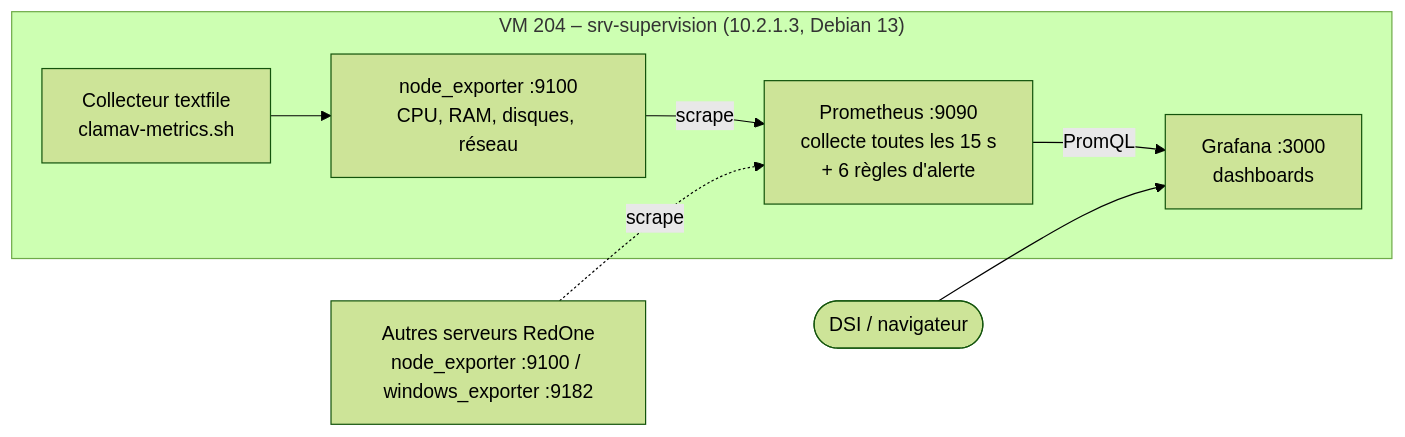
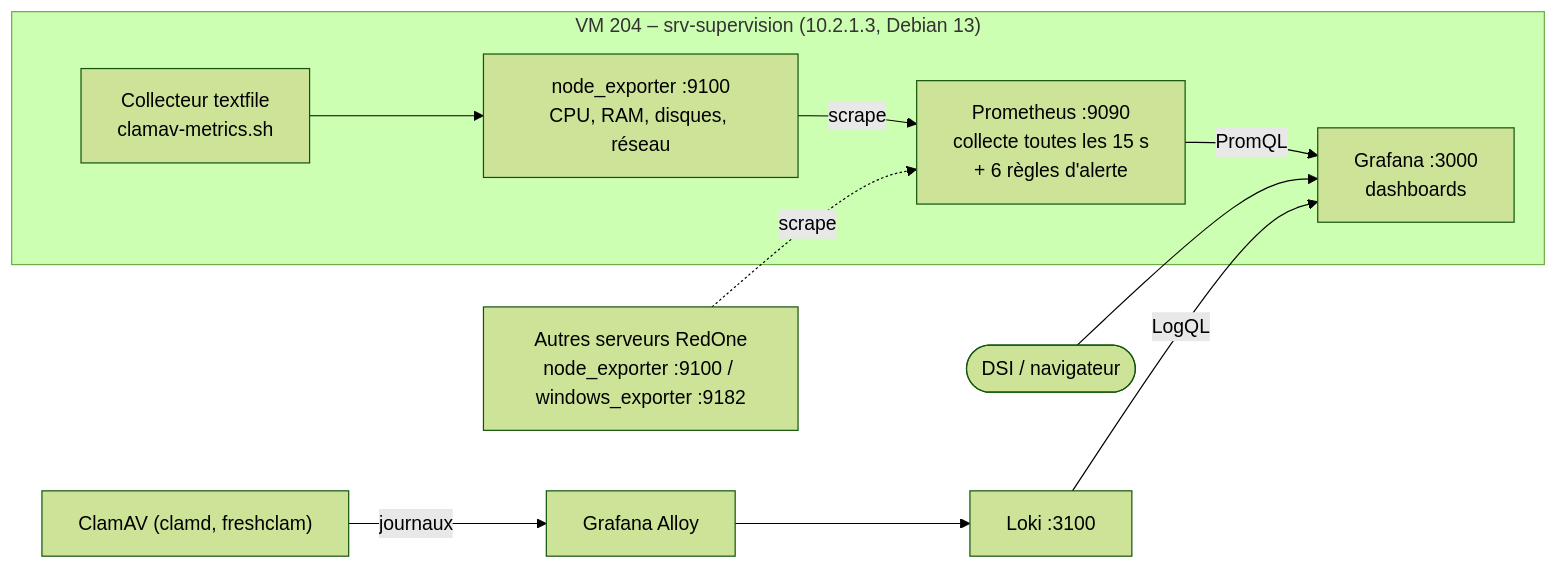
Before and after one commit to Stooonks/BTS_SIO_SISR_AP1_AP2: the diagram in AP2/AP2_Exploitation_Securite.md, drawn with Mermaid (forest theme). The commit also changed other lines of this file, not shown here.

Commit message:
AP2 : audit Grafana / Prometheus / ClamAV, supervision de GLPI et Wazuh, test EICAR

````diff
--- a/AP2/AP2_Exploitation_Securite.md
+++ b/AP2/AP2_Exploitation_Securite.md
@@ -41,14 +41,15 @@
 ```mermaid
 flowchart LR
     subgraph VM204["VM 204 – srv-supervision (10.2.1.3, Debian 13)"]
         NE["node_exporter :9100<br/>CPU, RAM, disques, réseau"]
         TF["Collecteur textfile<br/>clamav-metrics.sh"]
         P["Prometheus :9090<br/>collecte toutes les 15 s<br/>+ 6 règles d'alerte"]
         G["Grafana :3000<br/>dashboards"]
         TF --> NE
         NE -->|scrape| P
         P -->|PromQL| G
     end
     S["Autres serveurs RedOne<br/>node_exporter :9100 / windows_exporter :9182"] -.->|scrape| P
     DSI(["DSI / navigateur"]) --> G
+    CL["ClamAV (clamd, freshclam)"] -->|journaux| AL["Grafana Alloy"] --> LK["Loki :3100"] -->|LogQL| G
 ```
````
